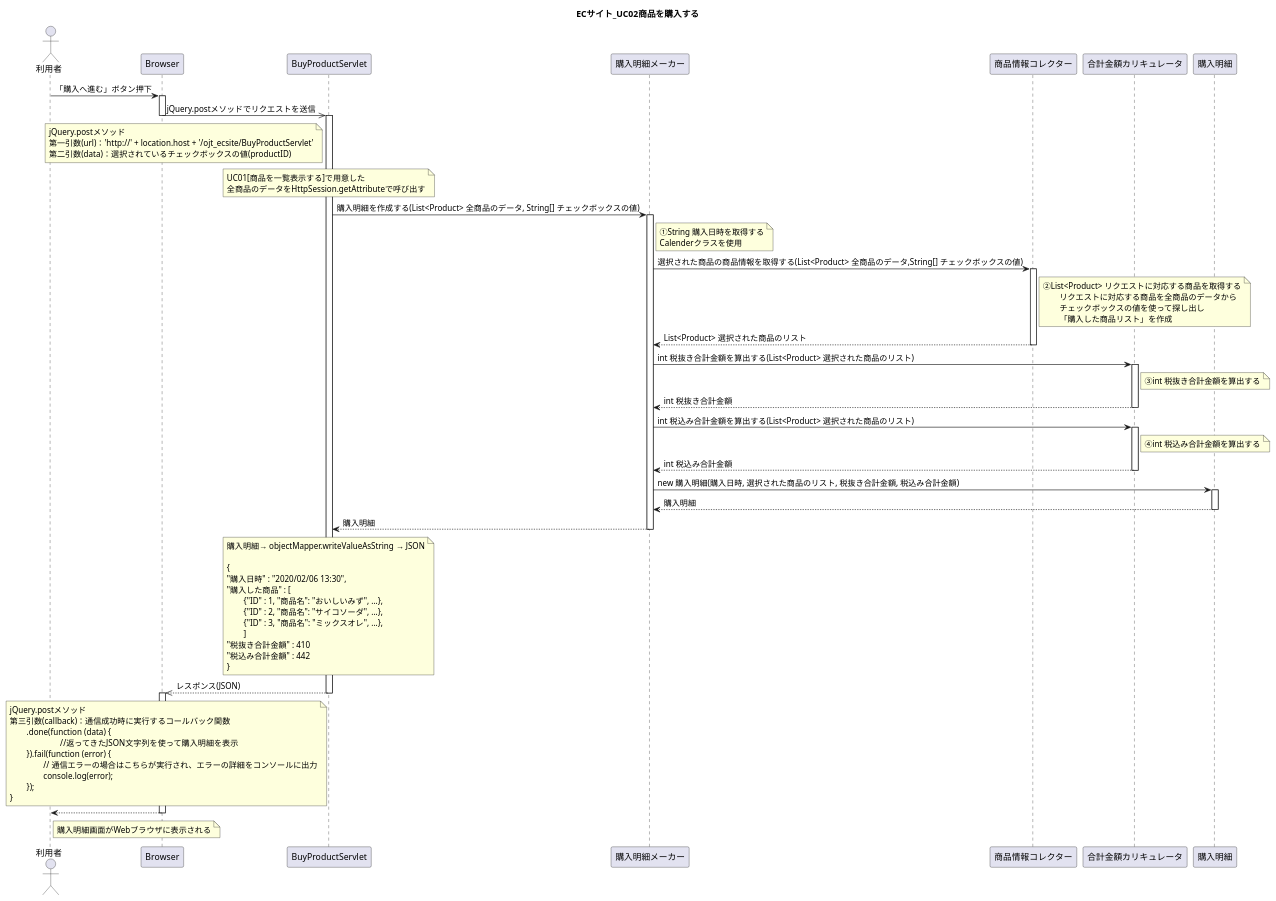
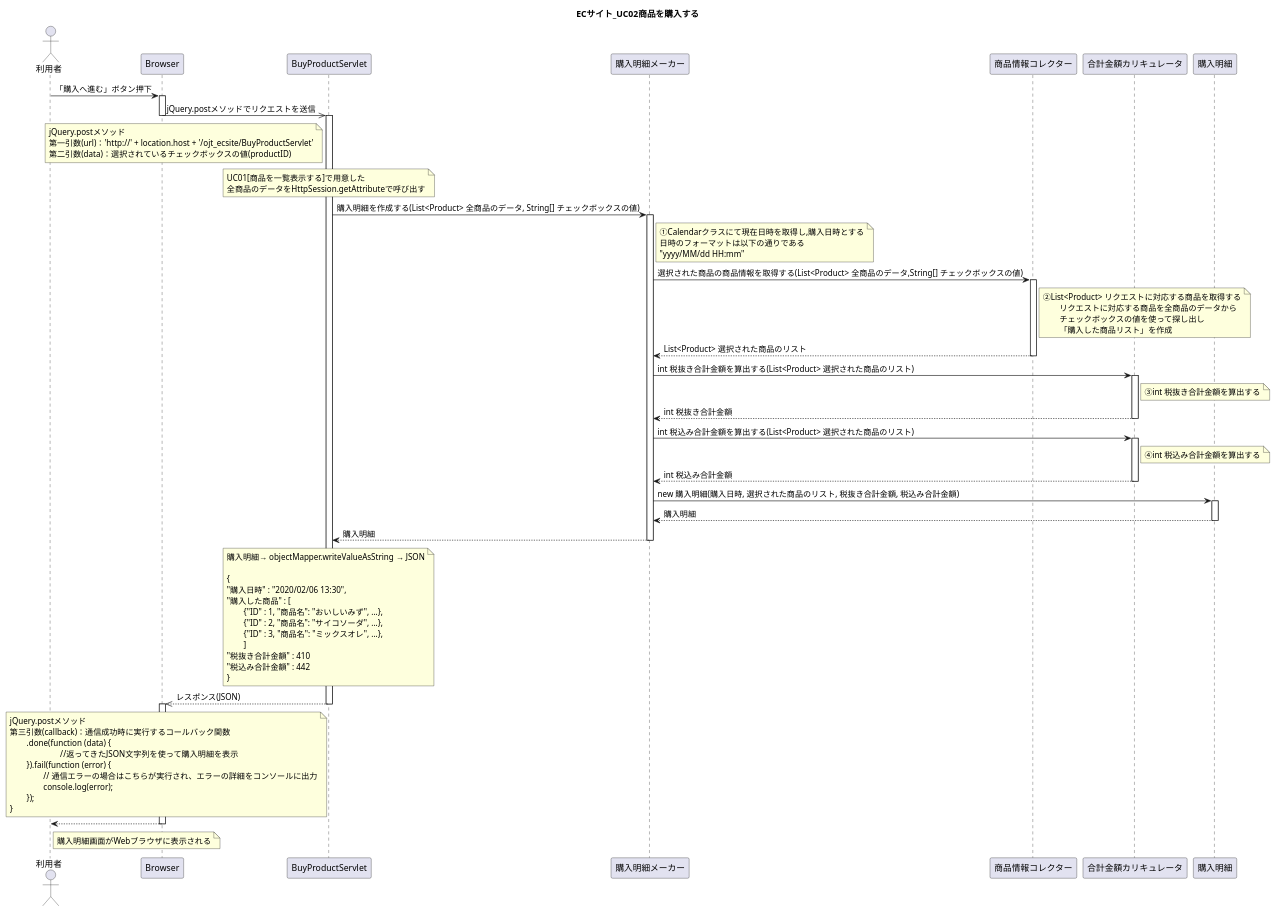
One commit to wnakayama/ojt_ecsite changed the diagram in UML/Sequence02.puml. Above: the diagram before and after it, drawn with PlantUML. The commit also changed 1 other file, not shown here.

```diff
--- a/UML/Sequence02.puml
+++ b/UML/Sequence02.puml
@@ -1,108 +1,109 @@
 @startuml
 title ECサイト_UC02商品を購入する
 
 actor 利用者
 
 利用者 -> Browser : 「購入へ進む」ボタン押下
 activate Browser
 
 Browser ->> BuyProductServlet : jQuery.postメソッドでリクエストを送信
 deactivate Browser
 activate BuyProductServlet
 
 	note left of BuyProductServlet
 	jQuery.postメソッド
 	第一引数(url)：'http://' + location.host + '/ojt_ecsite/BuyProductServlet'
 	第二引数(data)：選択されているチェックボックスの値(productID)
 	end note
 
 	note over BuyProductServlet
 	UC01[商品を一覧表示する]で用意した
 	全商品のデータをHttpSession.getAttributeで呼び出す
 	end note
 
 BuyProductServlet -> 購入明細メーカー : 購入明細を作成する(List<Product> 全商品のデータ, String[] チェックボックスの値)
 activate 購入明細メーカー
 
 	note right of 購入明細メーカー
-	①String 購入日時を取得する
-	Calenderクラスを使用
+	①Calendarクラスにて現在日時を取得し,購入日時とする
+	日時のフォーマットは以下の通りである
+	"yyyy/MM/dd HH:mm"
 	end note
 
 
 購入明細メーカー -> 商品情報コレクター : 選択された商品の商品情報を取得する(List<Product> 全商品のデータ,String[] チェックボックスの値)
 activate 商品情報コレクター
 	note right of 商品情報コレクター
 	②List<Product> リクエストに対応する商品を取得する
 		リクエストに対応する商品を全商品のデータから
 		チェックボックスの値を使って探し出し
 		「購入した商品リスト」を作成
 	end note
 購入明細メーカー <-- 商品情報コレクター : List<Product> 選択された商品のリスト
 deactivate 商品情報コレクター
 
 購入明細メーカー -> 合計金額カリキュレータ : int 税抜き合計金額を算出する(List<Product> 選択された商品のリスト)
 activate 合計金額カリキュレータ
 	note right of 合計金額カリキュレータ
 	③int 税抜き合計金額を算出する
 	end note
 購入明細メーカー <-- 合計金額カリキュレータ : int 税抜き合計金額
 deactivate 合計金額カリキュレータ
 
 購入明細メーカー -> 合計金額カリキュレータ : int 税込み合計金額を算出する(List<Product> 選択された商品のリスト)
 activate 合計金額カリキュレータ
 	note right of 合計金額カリキュレータ
 	④int 税込み合計金額を算出する
 	end note
 購入明細メーカー <-- 合計金額カリキュレータ : int 税込み合計金額
 deactivate 合計金額カリキュレータ
 
 
 購入明細メーカー -> 購入明細 : new 購入明細(購入日時, 選択された商品のリスト, 税抜き合計金額, 税込み合計金額)
 activate 購入明細
 購入明細メーカー <-- 購入明細 : 購入明細
 deactivate 購入明細
 
 BuyProductServlet <-- 購入明細メーカー : 購入明細
 deactivate 購入明細メーカー
 
 	note over BuyProductServlet
 	購入明細→ objectMapper.writeValueAsString → JSON
 
 	{
 	"購入日時" : "2020/02/06 13:30",
 	"購入した商品" : [
 		{"ID" : 1, "商品名": "おいしいみず", ...},
 		{"ID" : 2, "商品名": "サイコソーダ", ...},
 		{"ID" : 3, "商品名": "ミックスオレ", ...},
 		]
 	"税抜き合計金額" : 410
 	"税込み合計金額" : 442
 	}
 	end note
 
 Browser <<-- BuyProductServlet : レスポンス(JSON)
 deactivate BuyProductServlet
 activate Browser
 
 	note left of BuyProductServlet
 	jQuery.postメソッド
 	第三引数(callback)：通信成功時に実行するコールバック関数
 		.done(function (data) {
 				//返ってきたJSON文字列を使って購入明細を表示
 		}).fail(function (error) {
 			// 通信エラーの場合はこちらが実行され、エラーの詳細をコンソールに出力
 			console.log(error);
 		});
 	}
 	end note
 
 
 利用者 <-- Browser
 	note right of 利用者
 	購入明細画面がWebブラウザに表示される
 	end note
 
 deactivate Browser
 
 @enduml
```
